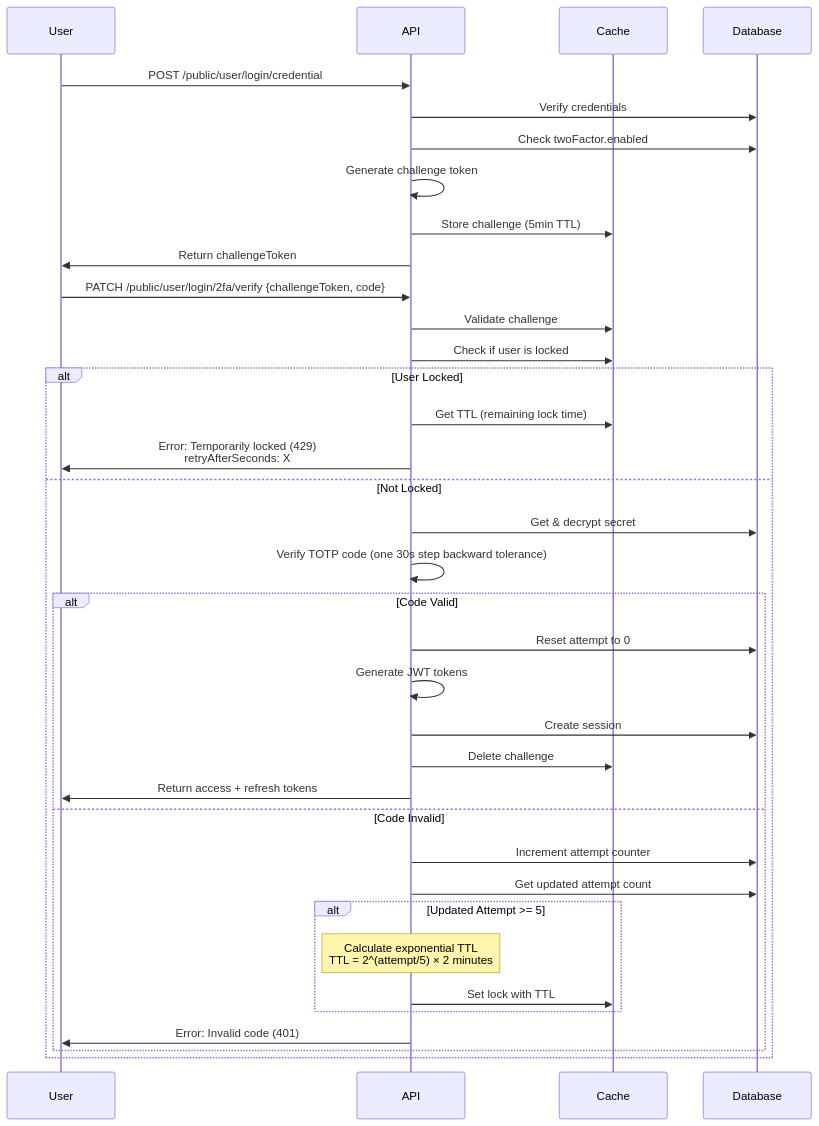
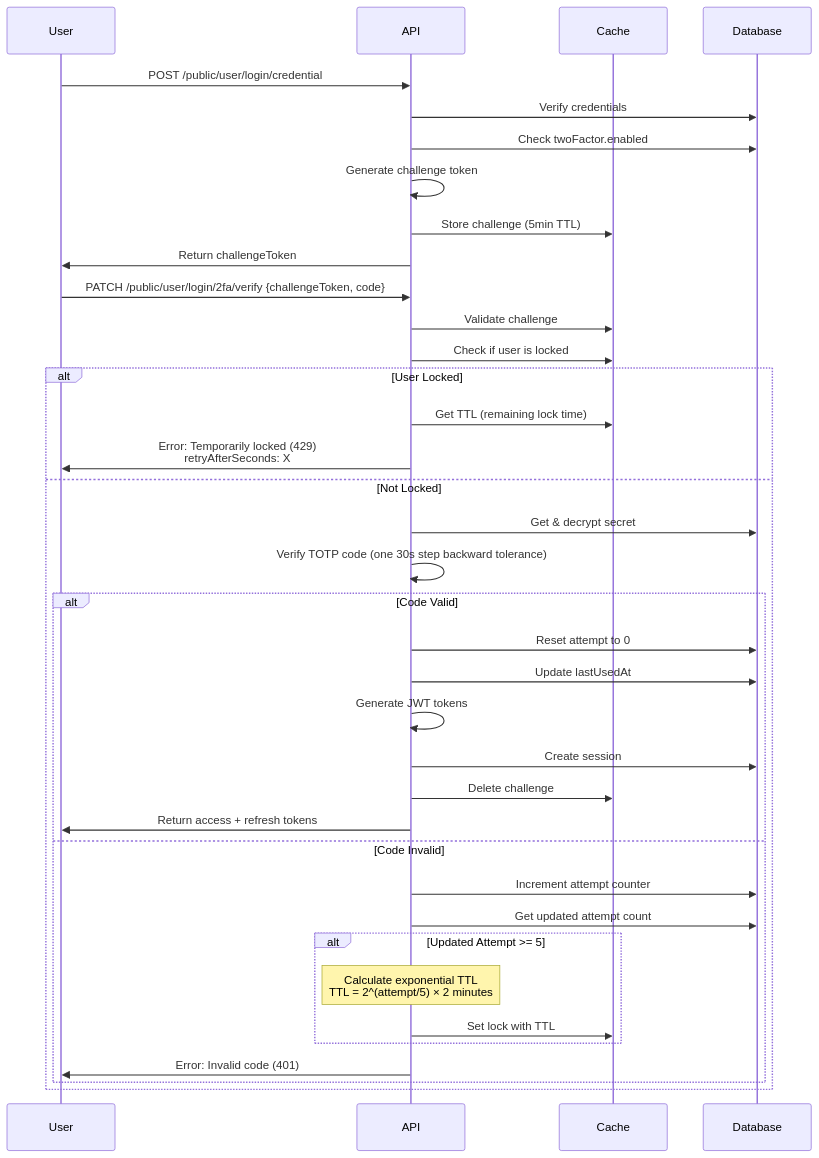
One commit to andrechristikan/ack-nestjs-boilerplate changed the second of 9 diagrams in docs/two-factor.md. Above: the diagram before and after it, drawn with Mermaid. The commit also changed other lines of this file and 1013 other files, not shown here.

````diff
--- a/docs/two-factor.md
+++ b/docs/two-factor.md
@@ -212,39 +223,40 @@
 ```mermaid
 sequenceDiagram
     participant User
     participant API
     participant Cache
     participant Database
 
     User->>API: POST /public/user/login/credential
     API->>Database: Verify credentials
     API->>Database: Check twoFactor.enabled
     API->>API: Generate challenge token
     API->>Cache: Store challenge (5min TTL)
     API->>User: Return challengeToken
     User->>API: PATCH /public/user/login/2fa/verify {challengeToken, code}
     API->>Cache: Validate challenge
     API->>Cache: Check if user is locked
     alt User Locked
         API->>Cache: Get TTL (remaining lock time)
         API->>User: Error: Temporarily locked (429)<br/>retryAfterSeconds: X
     else Not Locked
         API->>Database: Get & decrypt secret
         API->>API: Verify TOTP code (one 30s step backward tolerance)
         alt Code Valid
             API->>Database: Reset attempt to 0
+            API->>Database: Update lastUsedAt
             API->>API: Generate JWT tokens
             API->>Database: Create session
             API->>Cache: Delete challenge
             API->>User: Return access + refresh tokens
         else Code Invalid
             API->>Database: Increment attempt counter
             API->>Database: Get updated attempt count
             alt Updated Attempt >= 5
                 Note over API: Calculate exponential TTL<br/>TTL = 2^(attempt/5) × 2 minutes
                 API->>Cache: Set lock with TTL
             end
             API->>User: Error: Invalid code (401)
         end
     end
 ```
````
